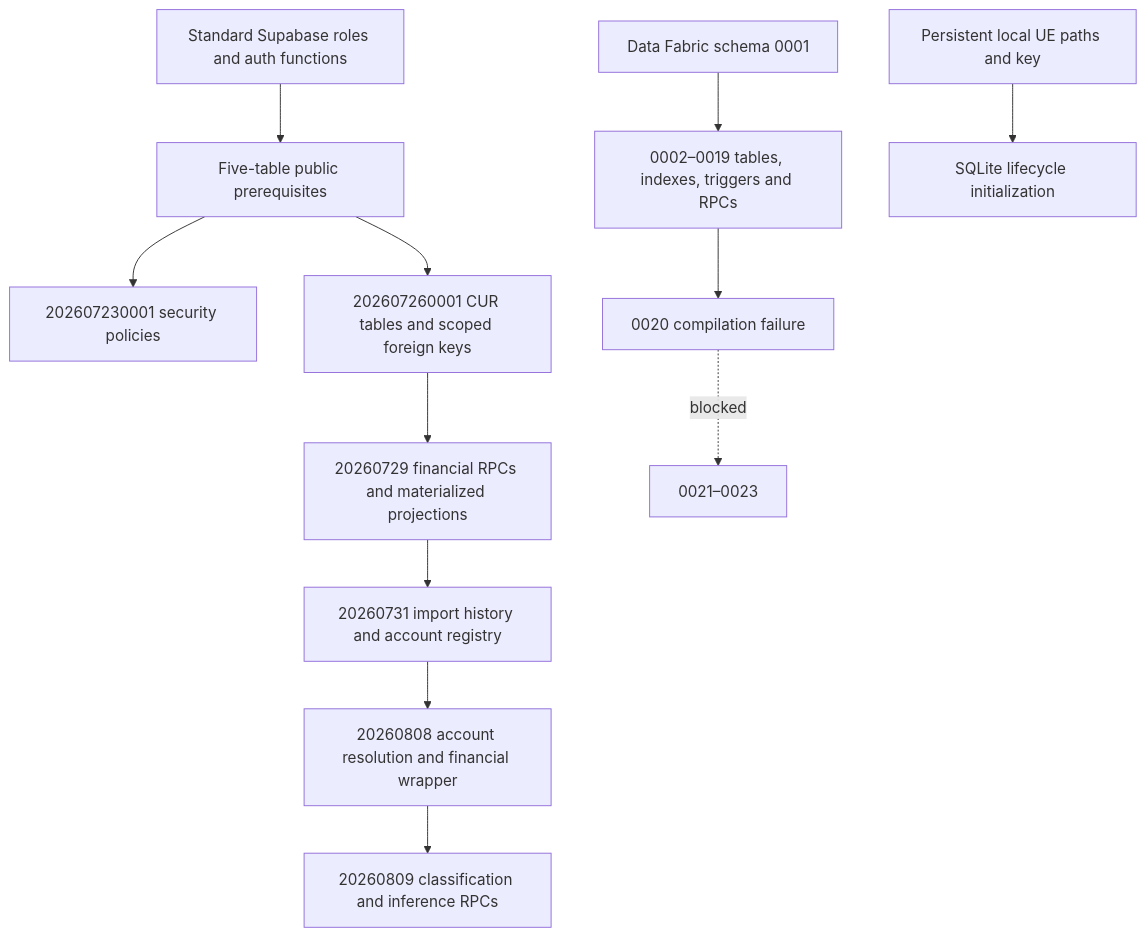
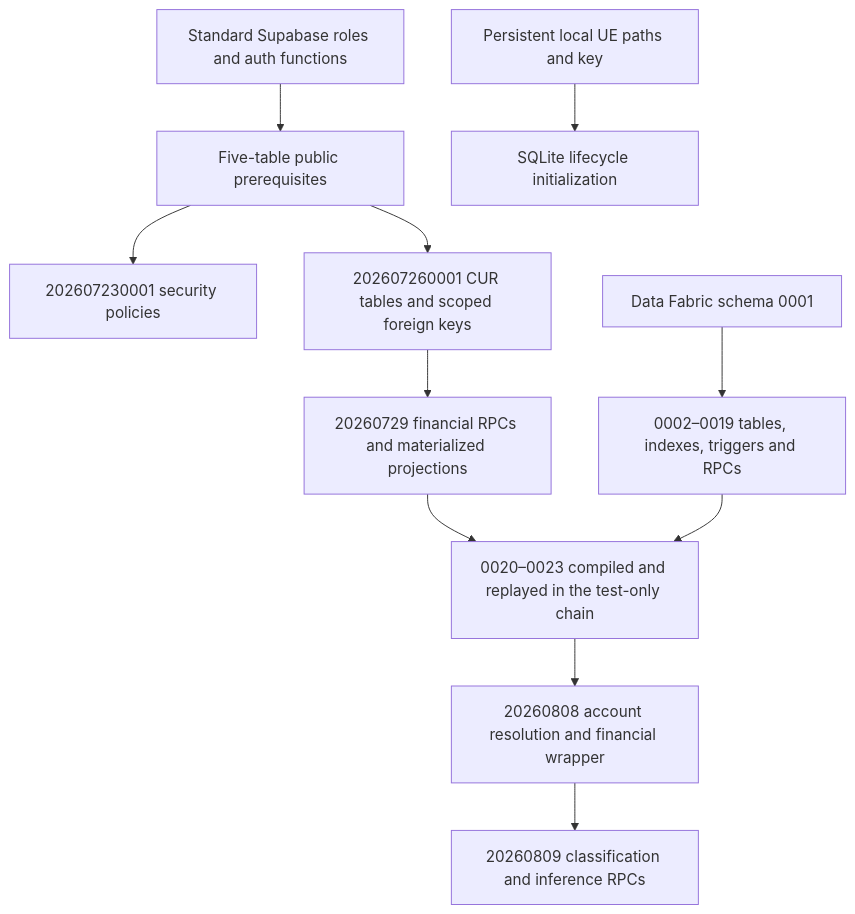
The diagram in docs/cmp/CMP-P6-DEF-001/REPORT.md (Sri2m-dev/AI-Cloud-Advisor), drawn with Mermaid before and after one commit. The commit also changed other lines of this file and 369 other files, not shown here.

````diff
--- a/docs/cmp/CMP-P6-DEF-001/REPORT.md
+++ b/docs/cmp/CMP-P6-DEF-001/REPORT.md
@@ -62,14 +87,13 @@
 ```mermaid
 flowchart TD
   P[Standard Supabase roles and auth functions] --> B[Five-table public prerequisites]
   B --> S[202607230001 security policies]
   B --> C[202607260001 CUR tables and scoped foreign keys]
   C --> F[20260729 financial RPCs and materialized projections]
   F --> R[20260731 import history and account registry]
   R --> A[20260808 account resolution and financial wrapper]
   A --> K[20260809 classification and inference RPCs]
   D[Data Fabric schema 0001] --> E[0002–0019 tables, indexes, triggers and RPCs]
-  E --> X[0020 compilation failure]
-  X -. blocked .-> Z[0021–0023]
+  E --> R[0020–0023 compiled and replayed in the test-only chain]
   U[Persistent local UE paths and key] --> L[SQLite lifecycle initialization]
 ```
````
